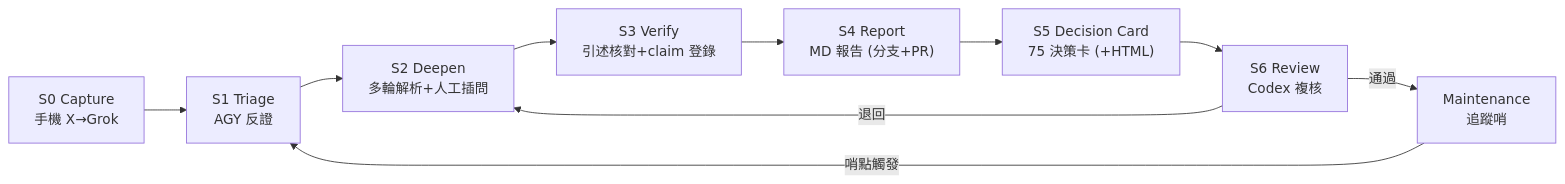
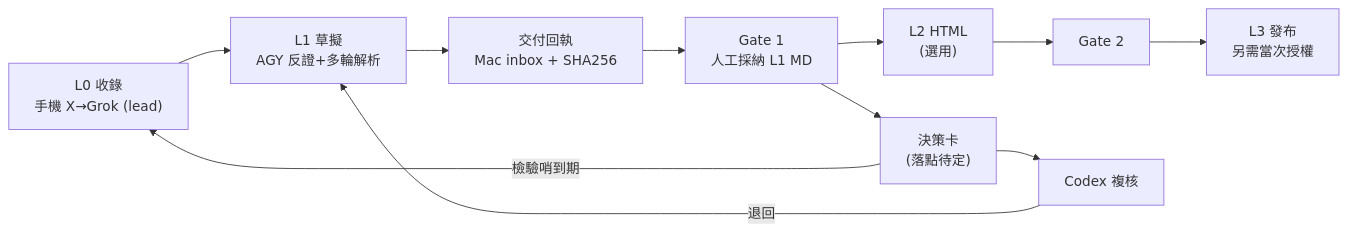
The diagram in plans/LOOP_x_grok_agy_codex_decision_card.md (arislee1979-afk/74_aerospace_defense_research), drawn with Mermaid before and after one commit. The commit also changed other lines of this file, not shown here.

````diff
--- a/plans/LOOP_x_grok_agy_codex_decision_card.md
+++ b/plans/LOOP_x_grok_agy_codex_decision_card.md
@@ -44,12 +58,13 @@
 ```mermaid
 flowchart LR
-    A["S0 Capture<br/>手機 X→Grok"] --> B["S1 Triage<br/>AGY 反證"]
-    B --> C["S2 Deepen<br/>多輪解析+人工插問"]
-    C --> D["S3 Verify<br/>引述核對+claim 登錄"]
-    D --> E["S4 Report<br/>MD 報告 (分支+PR)"]
-    E --> F["S5 Decision Card<br/>75 決策卡 (+HTML)"]
-    F --> G["S6 Review<br/>Codex 複核"]
-    G -->|"退回"| C
-    G -->|"通過"| H["Maintenance<br/>追蹤哨"]
-    H -->|"哨點觸發"| B
+    A["L0 收錄<br/>手機 X→Grok (lead)"] --> B["L1 草擬<br/>AGY 反證+多輪解析"]
+    B --> C["交付回執<br/>Mac inbox + SHA256"]
+    C --> D["Gate 1<br/>人工採納 L1 MD"]
+    D --> E["決策卡<br/>(落點待定)"]
+    D --> F["L2 HTML<br/>(選用)"]
+    F --> G["Gate 2"]
+    G --> H["L3 發布<br/>另需當次授權"]
+    E --> I["Codex 複核"]
+    I -->|"退回"| B
+    E -->|"檢驗哨到期"| A
 ```
````
